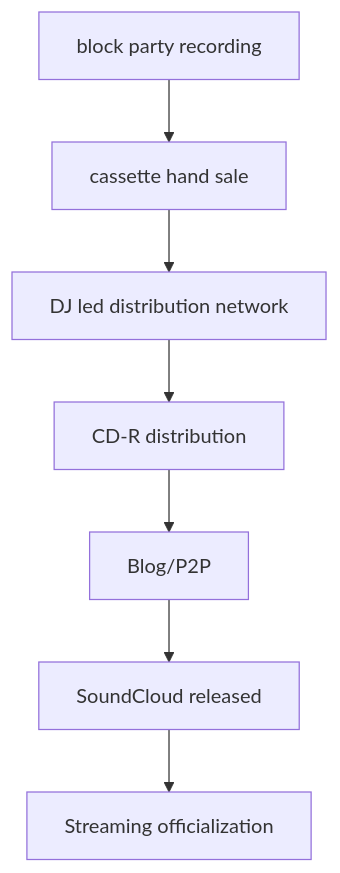
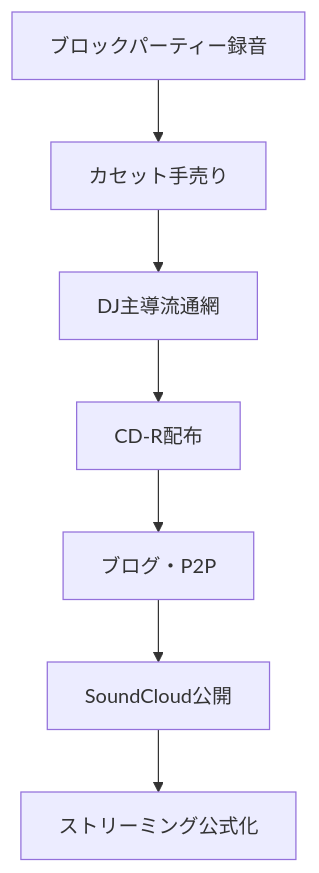
The second of 2 diagrams in en/_posts/2026-02-28-column-free-mix-tape.md (monumental-movement/monumental-movement.github.io), drawn with Mermaid before and after one commit. The commit also changed other lines of this file and 775 other files, not shown here.

```diff
--- a/en/_posts/2026-02-28-column-free-mix-tape.md
+++ b/en/_posts/2026-02-28-column-free-mix-tape.md
@@ -176,9 +175,9 @@
 <div class="mermaid">
 flowchart TD
-    A[block party recording] --> B[cassette hand sale]
-    B --> C[DJ led distribution network]
-    C --> D[CD-R distribution]
-    D --> E[Blog/P2P]
-    E --> F[SoundCloud released]
-    F --> G[Streaming officialization]
+    A[ブロックパーティー録音] --> B[カセット手売り]
+    B --> C[DJ主導流通網]
+    C --> D[CD-R配布]
+    D --> E[ブログ・P2P]
+    E --> F[SoundCloud公開]
+    F --> G[ストリーミング公式化]
 </div>
```
